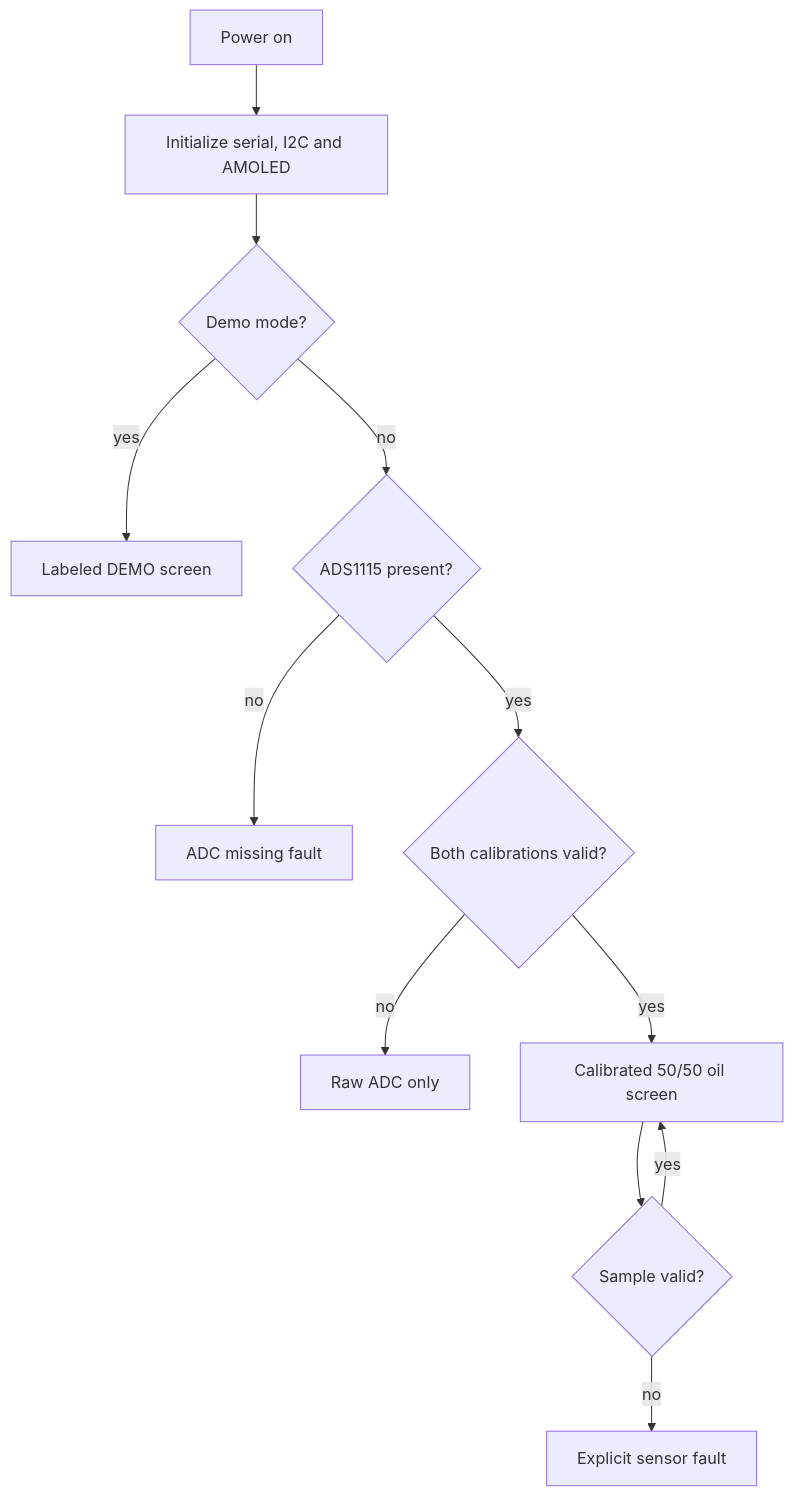
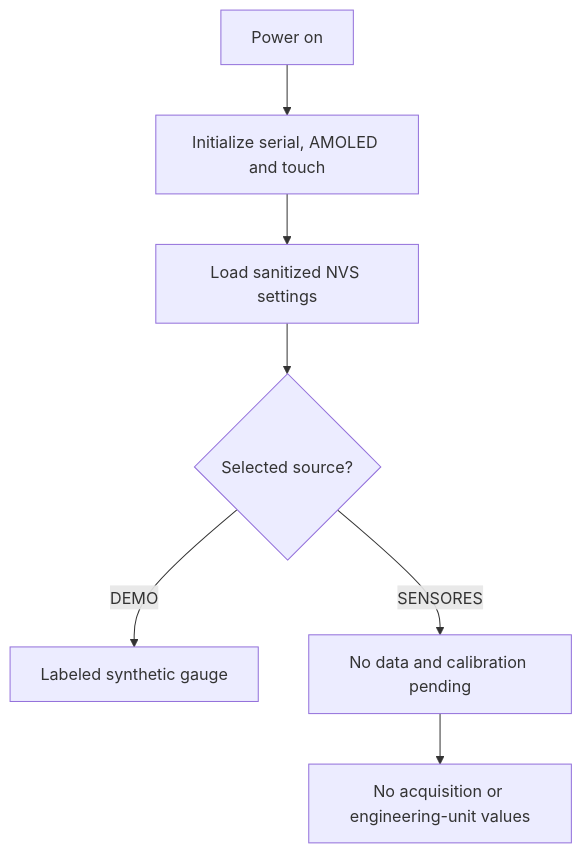
One commit to kytos22/esp32-s3-civic-oil-gauge changed the diagram in docs/flows/boot-and-display.md. Above: the diagram before and after it, drawn with Mermaid. The commit also changed other lines of this file and 26 other files, not shown here.

````diff
--- a/docs/flows/boot-and-display.md
+++ b/docs/flows/boot-and-display.md
@@ -22,14 +21,9 @@
 ```mermaid
 flowchart TD
-  A["Power on"] --> B["Initialize serial, I2C and AMOLED"]
-  B --> C{"Demo mode?"}
-  C -- yes --> D["Labeled DEMO screen"]
-  C -- no --> E{"ADS1115 present?"}
-  E -- no --> F["ADC missing fault"]
-  E -- yes --> G{"Both calibrations valid?"}
-  G -- no --> H["Raw ADC only"]
-  G -- yes --> I["Calibrated 50/50 oil screen"]
-  I --> J{"Sample valid?"}
-  J -- no --> K["Explicit sensor fault"]
-  J -- yes --> I
+  A["Power on"] --> B["Initialize serial, AMOLED and touch"]
+  B --> C["Load sanitized NVS settings"]
+  C --> D{"Selected source?"}
+  D -- DEMO --> E["Labeled synthetic gauge"]
+  D -- SENSORES --> F["No data and calibration pending"]
+  F --> G["No acquisition or engineering-unit values"]
 ```
````
